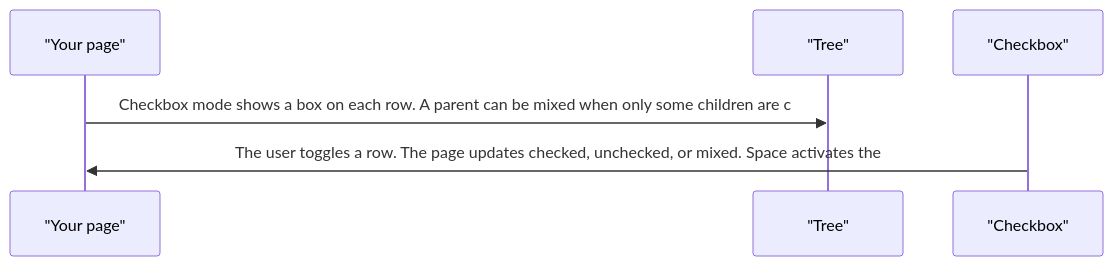
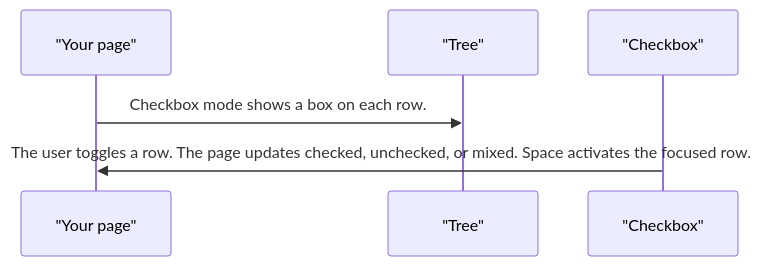
Before and after one commit to RajshekharBorate/pixel-ui: the third of 3 diagrams in projects/pixel-ui/src/lib/pixel-tree/DESIGN.md, drawn with Mermaid. The commit also changed other lines of this file and 80 other files, not shown here.

Commit message:
Fill missing design flows and correct the stories that did not match component behavior.

````diff
--- a/projects/pixel-ui/src/lib/pixel-tree/DESIGN.md
+++ b/projects/pixel-ui/src/lib/pixel-tree/DESIGN.md
@@ -61,8 +61,8 @@
 ```mermaid
 sequenceDiagram
   participant page as "Your page"
   participant tree as "Tree"
   participant check as "Checkbox"
-  page->>tree: Checkbox mode shows a box on each row. A parent can be mixed when only some children are c
-  check->>page: The user toggles a row. The page updates checked, unchecked, or mixed. Space activates the
+  page->>tree: Checkbox mode shows a box on each row.
+  check->>page: The user toggles a row. The page updates checked, unchecked, or mixed. Space activates the focused row.
 ```
````
